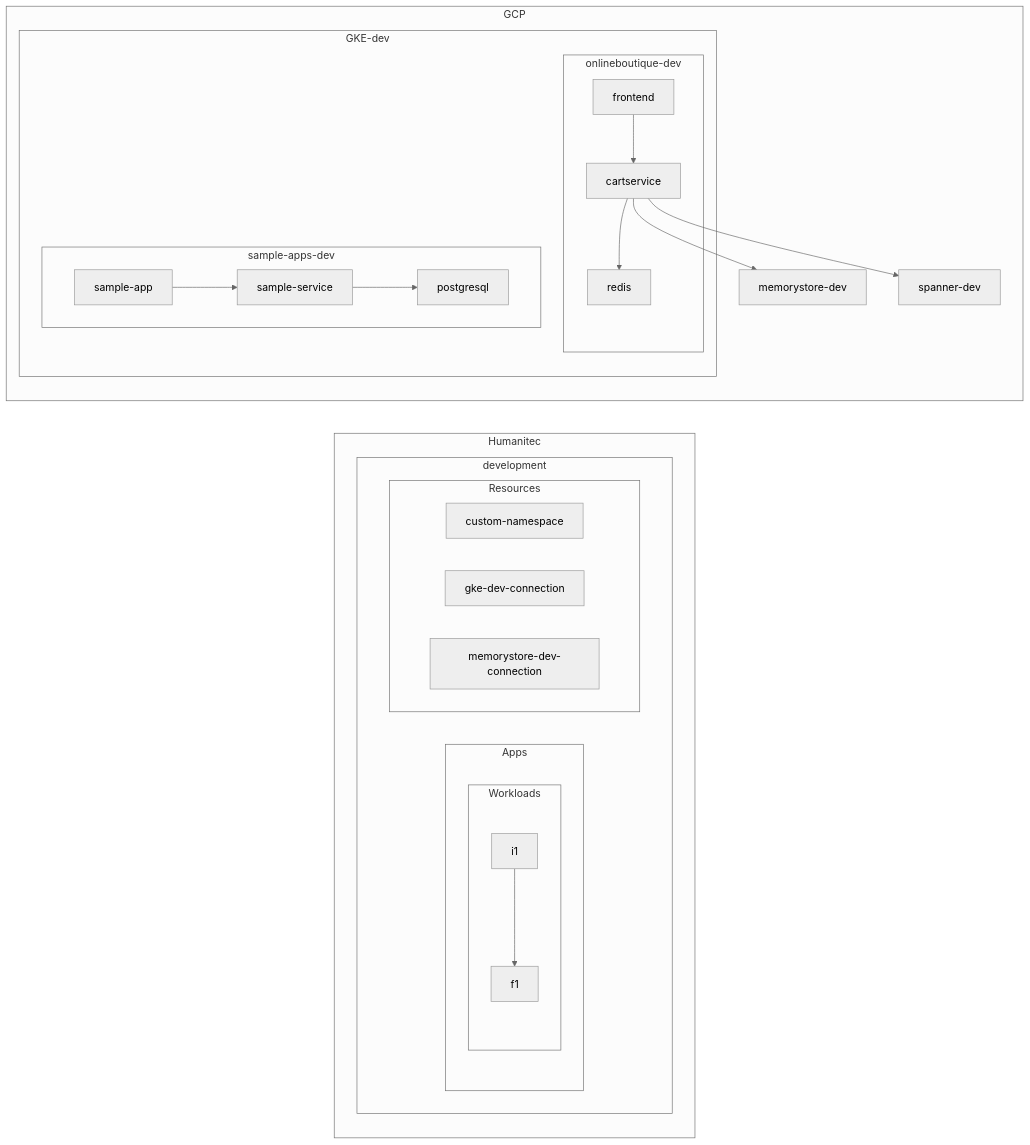
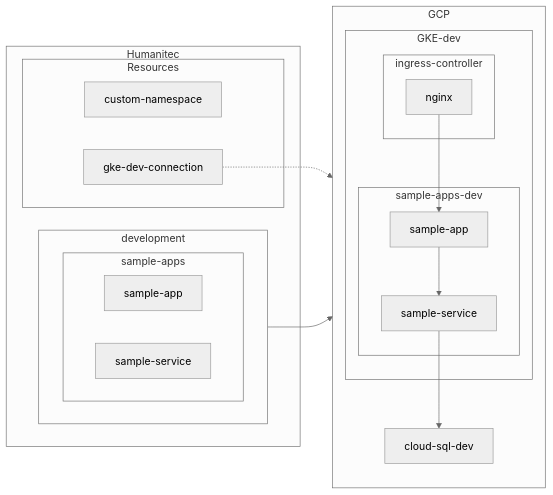
The first of 2 diagrams in README.md (mathieu-benoit/hello-humanitec), drawn with Mermaid (neutral theme) before and after one commit. The commit also changed other lines of this file, not shown here.

````diff
--- a/README.md
+++ b/README.md
@@ -3,32 +5,32 @@
 ```mermaid
 flowchart LR
   subgraph Humanitec
     subgraph development
-        subgraph Apps
-            subgraph Workloads
-                i1 -->f1
-            end
+        direction LR
+        subgraph sample-apps
+            direction LR
+            sample-app-workload[sample-app]
+            sample-service-workload[sample-service]
         end
-        subgraph Resources
-            custom-namespace
-            gke-dev-connection
-            memorystore-dev-connection
-        end
+    end
+    subgraph Resources
+        custom-namespace
+        gke-dev-connection
     end
   end
   subgraph GCP
     direction TB
     subgraph GKE-dev
-        subgraph onlineboutique-dev
-            frontend-->cartservice
-            cartservice-->redis
+        subgraph ingress-controller
+            nginx
         end
         subgraph sample-apps-dev
             sample-app-->sample-service
-            sample-service-->postgresql
         end
+        nginx-->sample-app
     end
-    cartservice-->memorystore-dev
-    cartservice-->spanner-dev
+    sample-service-->cloud-sql-dev
   end
+  sample-apps-->sample-apps-dev
+  gke-dev-connection-.->GKE-dev
 ```
````
